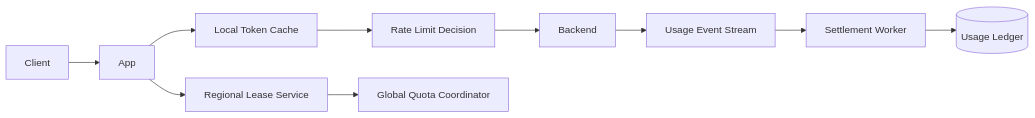
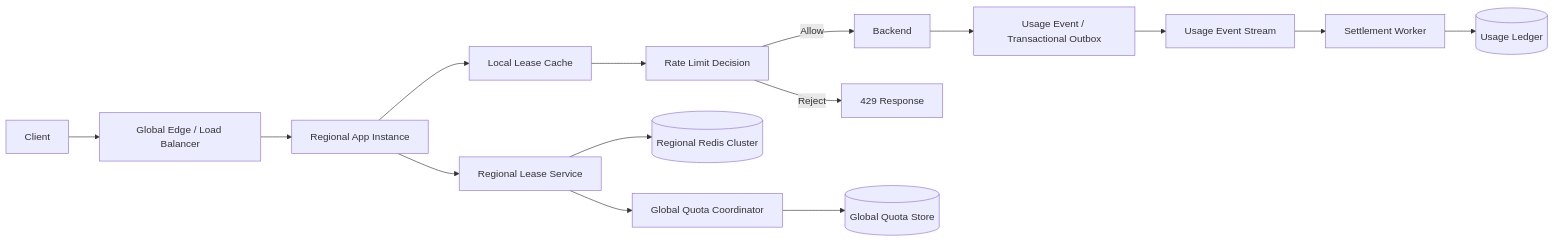
Before and after one commit to Aniels/system-design-portfolio: the diagram in case-studies/02-global-rate-limiter/README.md, drawn with Mermaid. The commit also changed other lines of this file, not shown here.

Commit message:
docs: expand global rate limiter system design

````diff
--- a/case-studies/02-global-rate-limiter/README.md
+++ b/case-studies/02-global-rate-limiter/README.md
@@ -30,12 +62,19 @@
 ```mermaid
 flowchart LR
-    Client --> App
-    App --> Local[Local Token Cache]
+    Client --> Edge[Global Edge / Load Balancer]
+    Edge --> App[Regional App Instance]
+    App --> Local[Local Lease Cache]
     Local --> Decision[Rate Limit Decision]
-    Decision --> Backend
-    App --> Lease[Regional Lease Service]
-    Lease --> Global[Global Quota Coordinator]
-    Backend --> Usage[Usage Event Stream]
-    Usage --> Settle[Settlement Worker]
-    Settle --> Ledger[(Usage Ledger)]
+    Decision -->|Allow| Backend
+    Decision -->|Reject| Response429[429 Response]
+
+    App --> Regional[Regional Lease Service]
+    Regional --> Redis[(Regional Redis Cluster)]
+    Regional --> Global[Global Quota Coordinator]
+    Global --> QuotaDB[(Global Quota Store)]
+
+    Backend --> Outbox[Usage Event / Transactional Outbox]
+    Outbox --> Stream[Usage Event Stream]
+    Stream --> Settlement[Settlement Worker]
+    Settlement --> Ledger[(Usage Ledger)]
 ```
````
